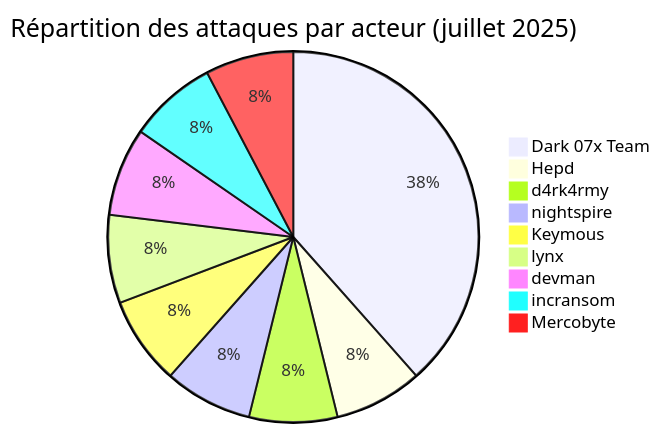
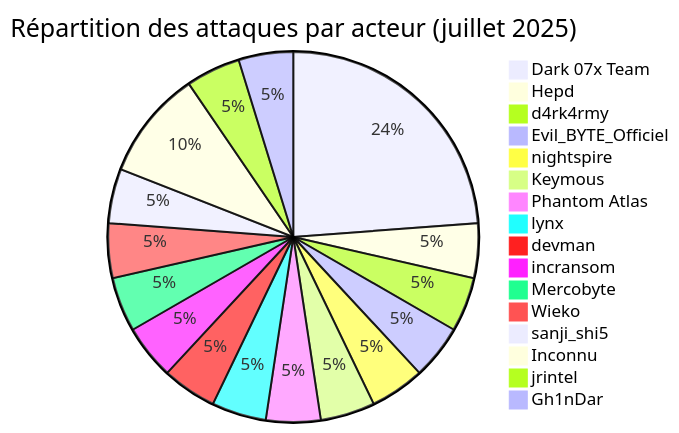
The first of 5 diagrams in CyberAttackAfrica/2025/07-july/README_FR.md (Hatchepsoute/AFRINTEL), drawn with Mermaid before and after one commit. The commit also changed other lines of this file and 255 other files, not shown here.

````diff
--- a/CyberAttackAfrica/2025/07-july/README_FR.md
+++ b/CyberAttackAfrica/2025/07-july/README_FR.md
@@ -35,12 +42,19 @@
 ```mermaid
 pie title Répartition des attaques par acteur (juillet 2025)
     "Dark 07x Team" : 5
     "Hepd" : 1
     "d4rk4rmy" : 1
+    "Evil_BYTE_Officiel" : 1
     "nightspire" : 1
     "Keymous" : 1
+    "Phantom Atlas" : 1
     "lynx" : 1
     "devman" : 1
     "incransom" : 1
     "Mercobyte" : 1
+    "Wieko" : 1
+    "sanji_shi5" : 1
+    "Inconnu" : 2
+    "jrintel" : 1
+    "Gh1nDar" : 1
 ```
````
